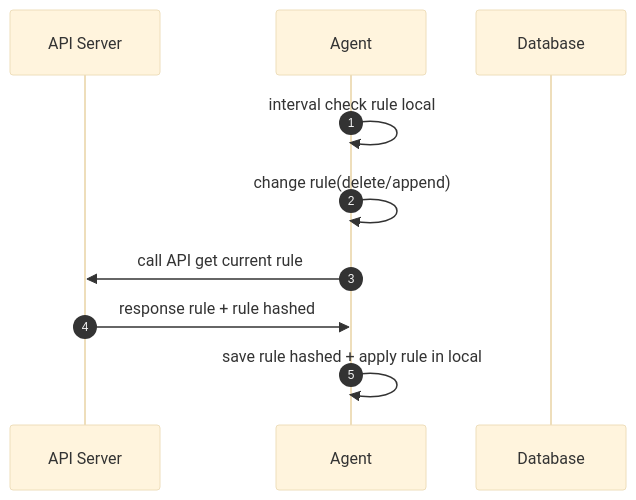
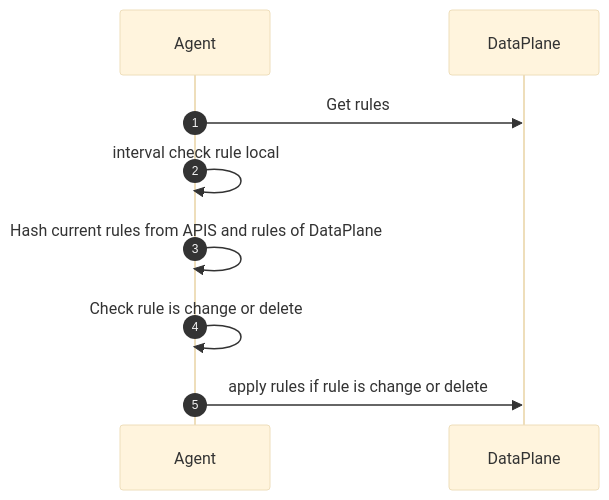
One commit to bamboo-firewall/docs changed the fifth of 7 diagrams in case-studies/policy/usecase.md. Above: the diagram before and after it, drawn with Mermaid (base theme). The commit also changed other lines of this file, not shown here.

Commit message:
PAAS-1283-flow-apply-rule

```````diff
--- a/case-studies/policy/usecase.md
+++ b/case-studies/policy/usecase.md
@@ -24,12 +77,11 @@
-``````mermaid
+```mermaid
 sequenceDiagram
-autonumber
-participant APIS as API Server
-participant Agent as Agent
-participant DB as Database
-Agent ->> Agent: interval check rule local
-Agent ->> Agent: change rule(delete/append)
-Agent ->> APIS: call API get current rule
-APIS ->> Agent: response rule + rule hashed
-Agent ->> Agent: save rule hashed + apply rule in local
-``````
+    autonumber
+    participant Agent as Agent
+    participant DP as DataPlane
+    Agent ->> DP: Get rules
+    Agent ->> Agent: interval check rule local
+    Agent ->> Agent: Hash current rules from APIS and rules of DataPlane
+    Agent ->> Agent: Check rule is change or delete
+    Agent ->> DP: apply rules if rule is change or delete
+```
```````
